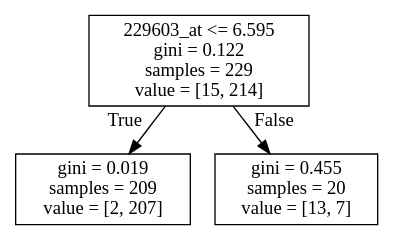
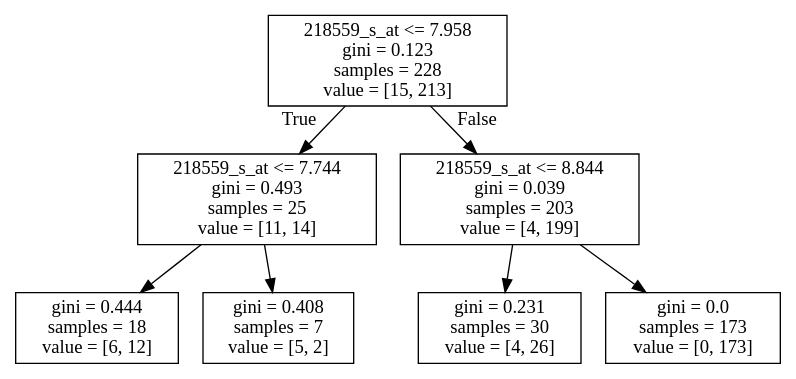
One commit to YichaoOU/Ovarian_cancer_project changed the diagram in GSE9891/GSE9891_classification/LMP_PSO_DT_5.dot. Above: the diagram before and after it, drawn with Graphviz. The commit also changed 17 other files, not shown here.

```diff
--- a/GSE9891/GSE9891_classification/LMP_PSO_DT_5.dot
+++ b/GSE9891/GSE9891_classification/LMP_PSO_DT_5.dot
@@ -1,8 +1,16 @@
 digraph Tree {
 node [shape=box] ;
-0 [label="229603_at <= 6.595\ngini = 0.122\nsamples = 229\nvalue = [15, 214]"] ;
-1 [label="gini = 0.019\nsamples = 209\nvalue = [2, 207]"] ;
+0 [label="218559_s_at <= 7.958\ngini = 0.123\nsamples = 228\nvalue = [15, 213]"] ;
+1 [label="218559_s_at <= 7.744\ngini = 0.493\nsamples = 25\nvalue = [11, 14]"] ;
 0 -> 1 [labeldistance=2.5, labelangle=45, headlabel="True"] ;
-2 [label="gini = 0.455\nsamples = 20\nvalue = [13, 7]"] ;
-0 -> 2 [labeldistance=2.5, labelangle=-45, headlabel="False"] ;
+2 [label="gini = 0.444\nsamples = 18\nvalue = [6, 12]"] ;
+1 -> 2 ;
+3 [label="gini = 0.408\nsamples = 7\nvalue = [5, 2]"] ;
+1 -> 3 ;
+4 [label="218559_s_at <= 8.844\ngini = 0.039\nsamples = 203\nvalue = [4, 199]"] ;
+0 -> 4 [labeldistance=2.5, labelangle=-45, headlabel="False"] ;
+5 [label="gini = 0.231\nsamples = 30\nvalue = [4, 26]"] ;
+4 -> 5 ;
+6 [label="gini = 0.0\nsamples = 173\nvalue = [0, 173]"] ;
+4 -> 6 ;
 }
```
